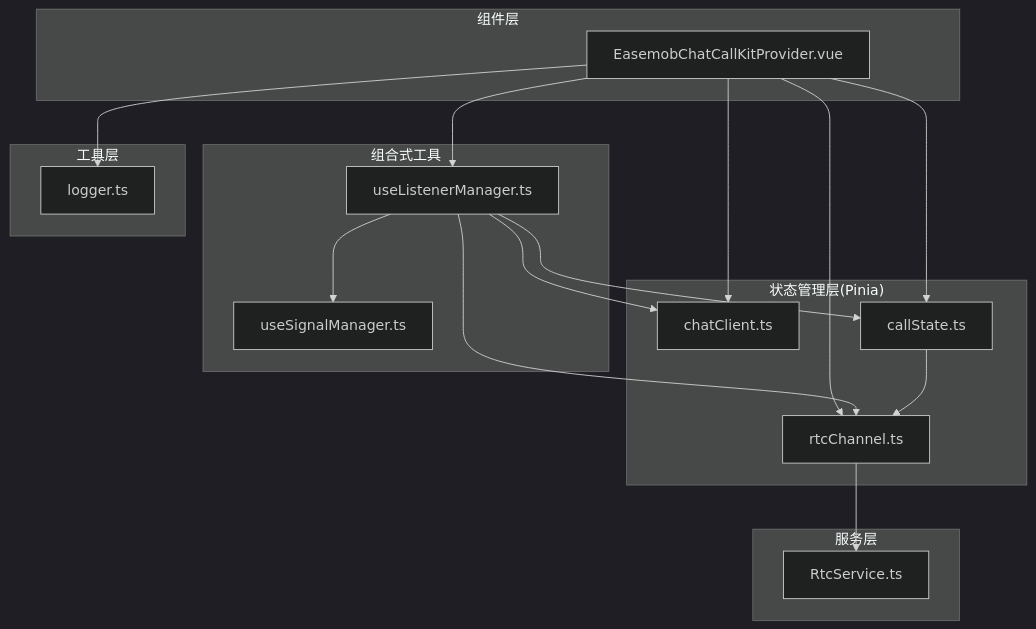
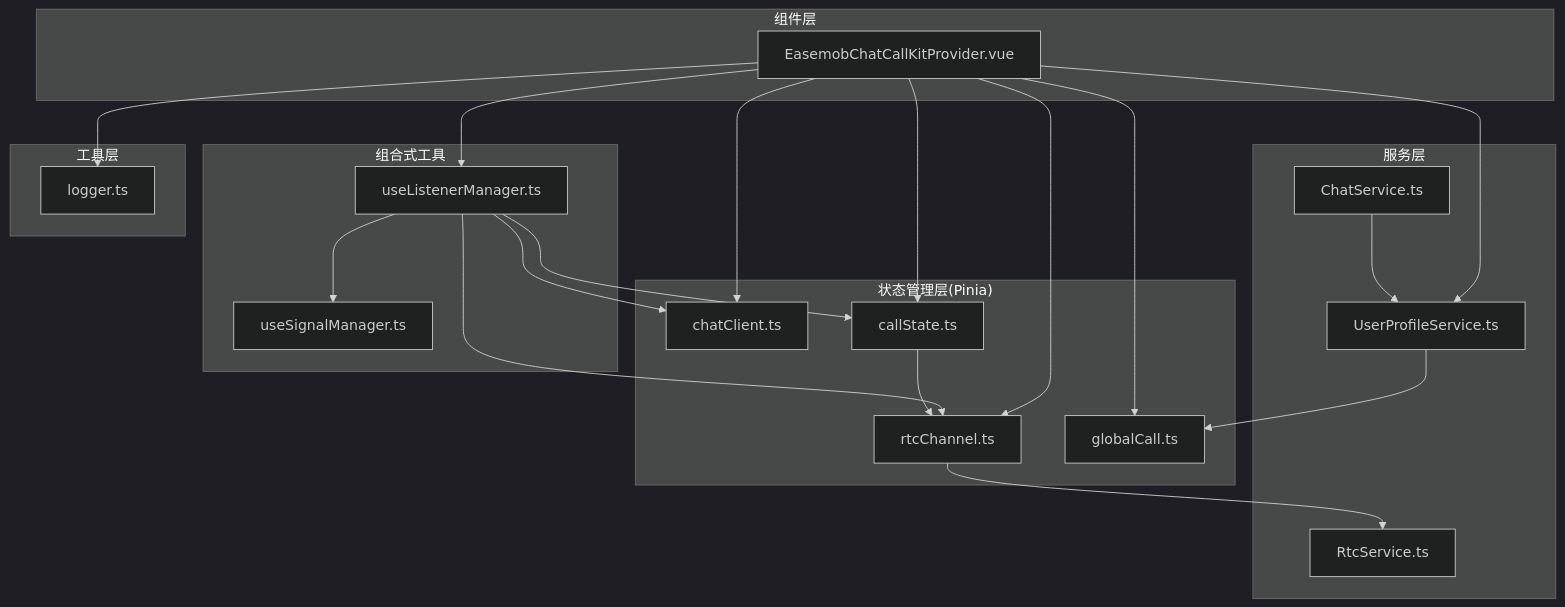
The first of 5 diagrams in .qoder/repowiki/zh/content/核心组件/Provider 组件.md (Easemob-Community/easemob-uikit-callkit-vue3), drawn with Mermaid (dark theme) before and after one commit. The commit also changed other lines of this file and 15 other files, not shown here.

````diff
--- a/.qoder/repowiki/zh/content/核心组件/Provider 组件.md
+++ b/.qoder/repowiki/zh/content/核心组件/Provider 组件.md
@@ -48,32 +53,39 @@
 ```mermaid
 graph TB
 subgraph "组件层"
 Provider["EasemobChatCallKitProvider.vue"]
 end
 subgraph "状态管理层(Pinia)"
 ChatClientStore["chatClient.ts"]
 CallStateStore["callState.ts"]
 RtcChannelStore["rtcChannel.ts"]
+GlobalCallStore["globalCall.ts"]
 end
 subgraph "组合式工具"
 ListenerMgr["useListenerManager.ts"]
 SignalMgr["useSignalManager.ts"]
 end
 subgraph "服务层"
 RtcSvc["RtcService.ts"]
+UserProfileSvc["UserProfileService.ts"]
+ChatSvc["ChatService.ts"]
 end
 subgraph "工具层"
 Logger["logger.ts"]
 end
 Provider --> ChatClientStore
 Provider --> CallStateStore
 Provider --> RtcChannelStore
+Provider --> GlobalCallStore
 Provider --> ListenerMgr
 Provider --> Logger
+Provider --> UserProfileSvc
 ListenerMgr --> ChatClientStore
 ListenerMgr --> CallStateStore
 ListenerMgr --> RtcChannelStore
 ListenerMgr --> SignalMgr
 RtcChannelStore --> RtcSvc
 CallStateStore --> RtcChannelStore
+UserProfileSvc --> GlobalCallStore
+ChatSvc --> UserProfileSvc
 ```
````
